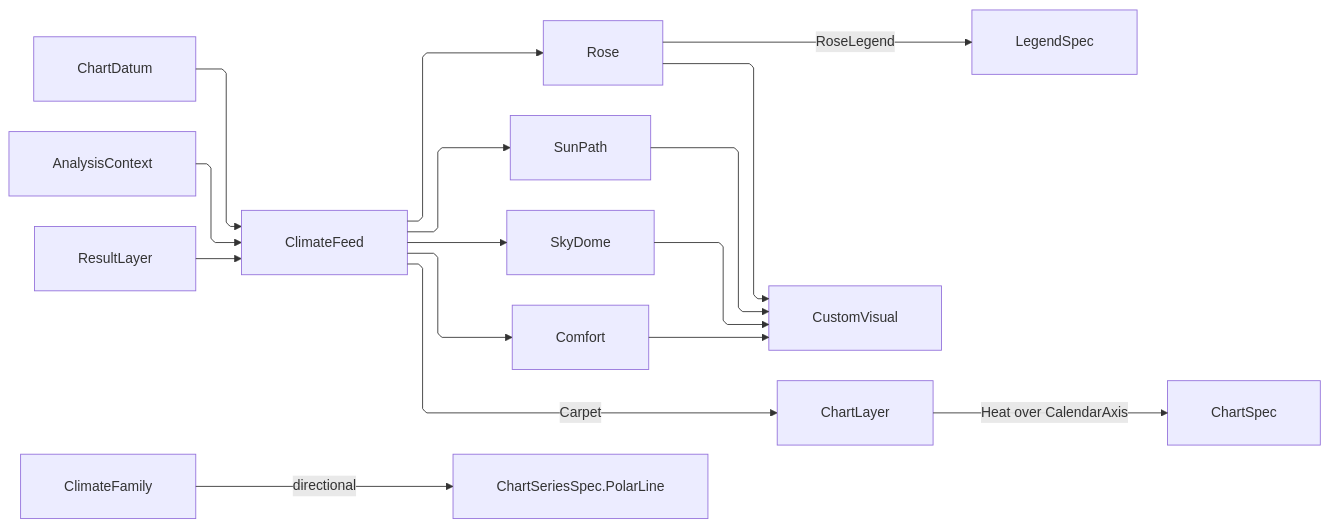
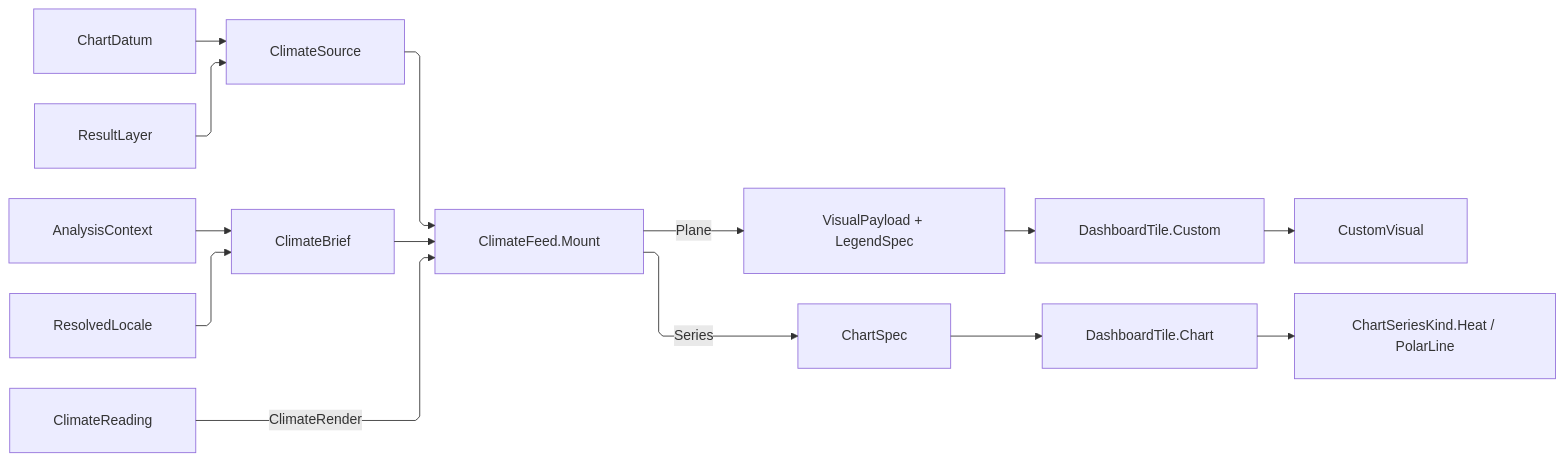
Before and after one commit to bsamiee/Rasm: the diagram in libs/csharp/Rasm.AppUi/.planning/Charts/climate.md, drawn with Mermaid. The commit also changed other lines of this file and 818 other files, not shown here.

````diff
--- a/libs/csharp/Rasm.AppUi/.planning/Charts/climate.md
+++ b/libs/csharp/Rasm.AppUi/.planning/Charts/climate.md
@@ -735,27 +1017,25 @@
 ```mermaid
 ---
 config:
   layout: elk
   flowchart:
     curve: linear
     padding: 25
 ---
 flowchart LR
-    accTitle: Climate diagram family and the polar split
-    accDescr: A sealed hourly stream and the analysis context feeding four custom payloads whose folds this page owns, beside the carpet reading that routes to a shipped heat series over the calendar reshape and the directional counterexample that routes to the package's own polar line series.
-    ChartDatum --> ClimateFeed
-    AnalysisContext --> ClimateFeed
-    ResultLayer --> ClimateFeed
-    ClimateFeed --> Rose
-    ClimateFeed --> SunPath
-    ClimateFeed --> SkyDome
-    ClimateFeed --> Comfort
-    Rose --> CustomVisual
-    SunPath --> CustomVisual
-    SkyDome --> CustomVisual
-    Comfort --> CustomVisual
-    ClimateFeed -->|Carpet| ChartLayer
-    ChartLayer -->|Heat over CalendarAxis| ChartSpec
-    ClimateFamily -->|directional| PolarLine["ChartSeriesSpec.PolarLine"]
-    Rose -->|RoseLegend| LegendSpec
+    accTitle: Climate readings, the one mount, and the polar split
+    accDescr: A declared climate source and the analysis context entering one mount that dispatches on the reading's render arm, landing either a custom-plane payload with its legend or a whole chart spec, each projecting onto the dashboard tile row its arm names.
+    ChartDatum --> Source["ClimateSource"]
+    ResultLayer --> Source
+    AnalysisContext --> Brief["ClimateBrief"]
+    ResolvedLocale --> Brief
+    Source --> Mount["ClimateFeed.Mount"]
+    Brief --> Mount
+    Reading["ClimateReading"] -->|ClimateRender| Mount
+    Mount -->|Plane| Payload["VisualPayload + LegendSpec"]
+    Mount -->|Series| Spec["ChartSpec"]
+    Payload --> Custom["DashboardTile.Custom"]
+    Spec --> Chart["DashboardTile.Chart"]
+    Custom --> CustomVisual
+    Chart --> Heat["ChartSeriesKind.Heat / PolarLine"]
 ```
````
